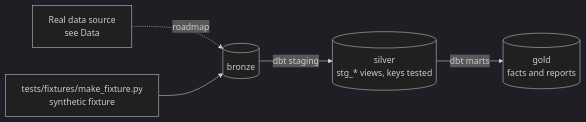
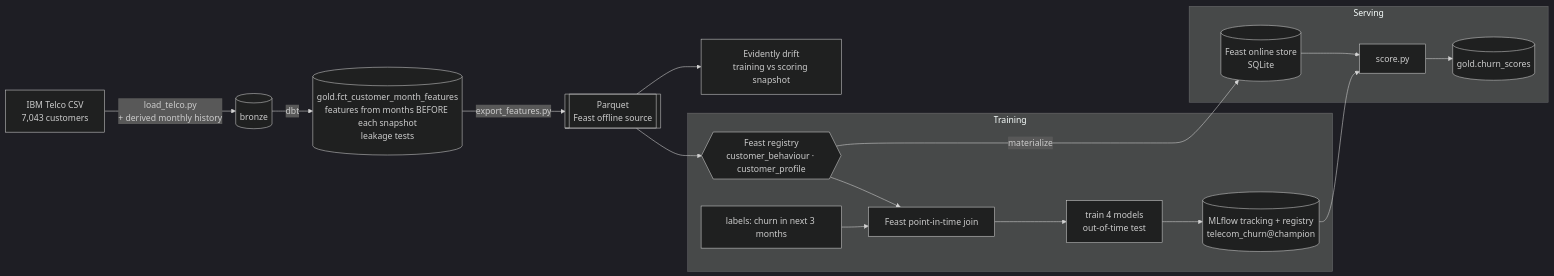
One commit to Saigwe/telecom-churn-feature-store changed the diagram in README.md. Above: the diagram before and after it, drawn with Mermaid (dark theme). The commit also changed other lines of this file and 37 other files, not shown here.

First line of the commit message:
Build the churn feature store on IBM Telco data with Feast, MLflow and Evidently

````diff
--- a/README.md
+++ b/README.md
@@ -24,7 +24,16 @@
 ```mermaid
 flowchart LR
-  R[Real data source<br/>see Data] -.->|roadmap| B[(bronze)]
-  F[tests/fixtures/make_fixture.py<br/>synthetic fixture] --> B
-  B -->|dbt staging| S[(silver<br/>stg_* views, keys tested)]
-  S -->|dbt marts| G[(gold<br/>facts and reports)]
+  IBM[IBM Telco CSV<br/>7,043 customers] -->|load_telco.py<br/>+ derived monthly history| B[(bronze)]
+  B -->|dbt| F[(gold.fct_customer_month_features<br/>features from months BEFORE each snapshot<br/>leakage tests)]
+  F -->|export_features.py| P[[Parquet<br/>Feast offline source]]
+  P --> FS{{Feast registry<br/>customer_behaviour · customer_profile}}
+  subgraph Training
+    L[labels: churn in next 3 months] --> PIT[Feast point-in-time join]
+    FS --> PIT --> T[train 4 models<br/>out-of-time test] --> ML[(MLflow tracking + registry<br/>telecom_churn@champion)]
+  end
+  subgraph Serving
+    FS -->|materialize| ON[(Feast online store<br/>SQLite)] --> S[score.py] --> SC[(gold.churn_scores)]
+    ML --> S
+  end
+  P --> EV[Evidently drift<br/>training vs scoring snapshot]
 ```
````
